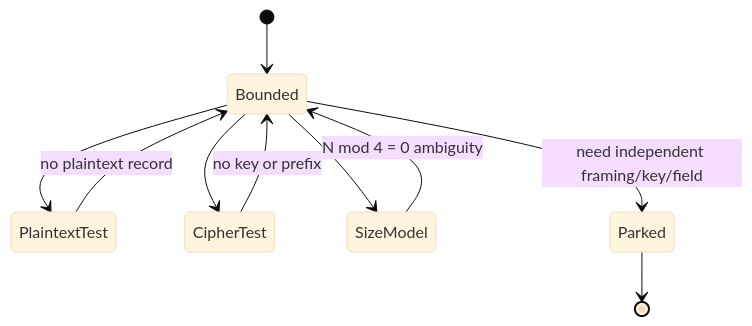
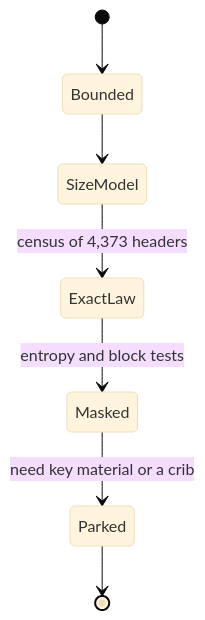
Before and after one commit to lynxnathan/rage-tools-vi: the third of 3 diagrams in docs/rpf9/metadata.md, drawn with Mermaid (base theme). The commit also changed other lines of this file and 1 other file, not shown here.

Commit message:
docs: update the RPF9 metadata model from the header census

````diff
--- a/docs/rpf9/metadata.md
+++ b/docs/rpf9/metadata.md
@@ -66,12 +127,9 @@
 ```mermaid
 stateDiagram-v2
     [*] --> Bounded
-    Bounded --> PlaintextTest
-    PlaintextTest --> Bounded: no plaintext record
-    Bounded --> CipherTest
-    CipherTest --> Bounded: no key or prefix
     Bounded --> SizeModel
-    SizeModel --> Bounded: N mod 4 = 0 ambiguity
-    Bounded --> Parked: need independent framing/key/field
+    SizeModel --> ExactLaw: census of 4,373 headers
+    ExactLaw --> Masked: entropy and block tests
+    Masked --> Parked: need key material or a crib
     Parked --> [*]
 ```
````
